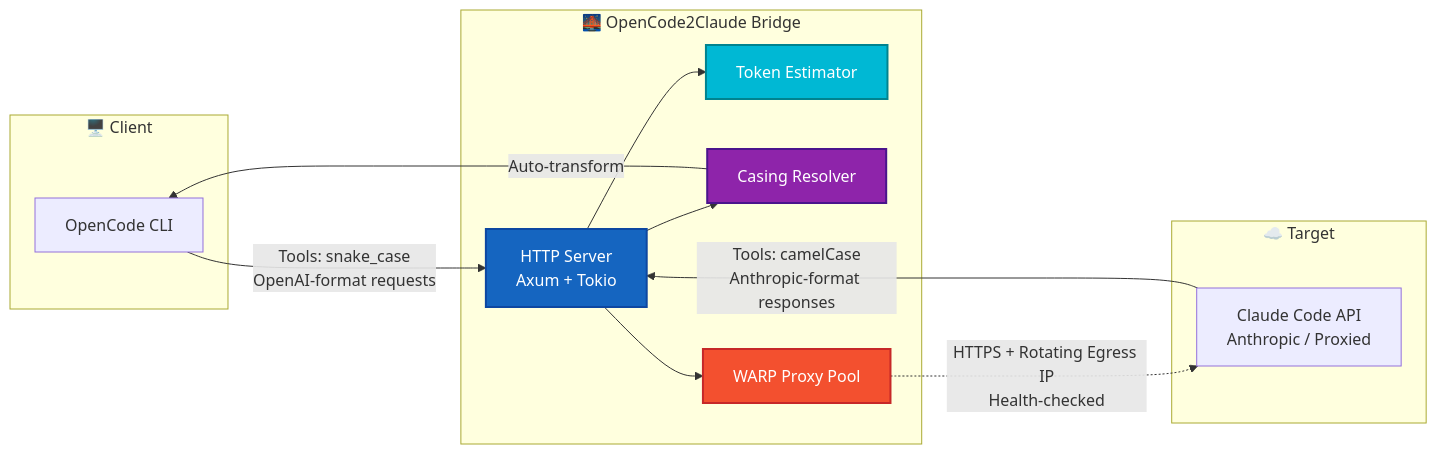
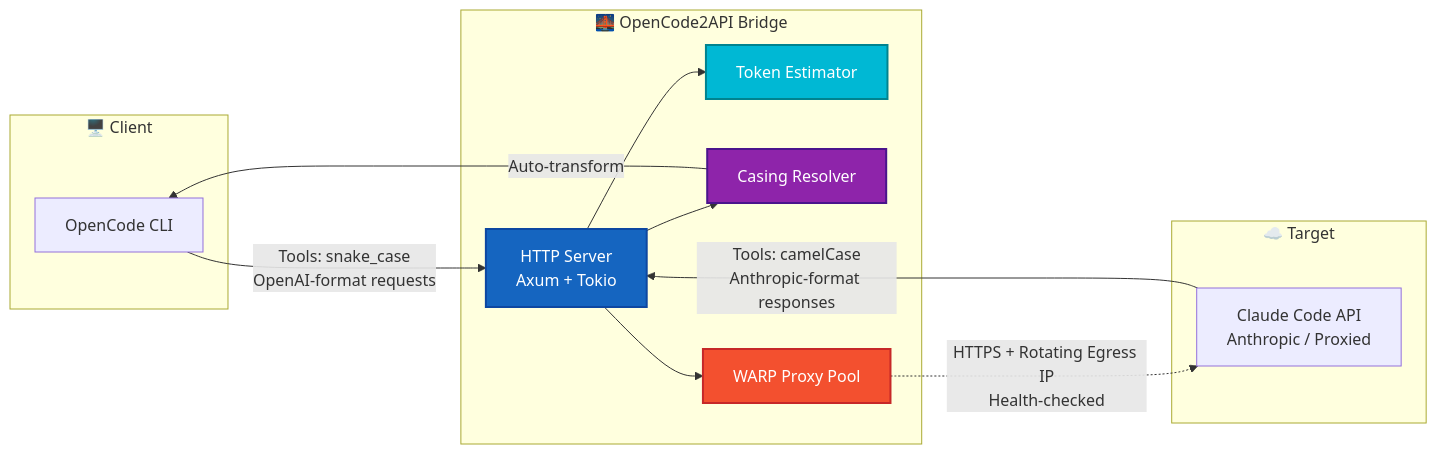
The first of 2 diagrams in README.md (nmhuei/opencode2claude), drawn with Mermaid before and after one commit. The commit also changed other lines of this file and 56 other files, not shown here.

````diff
--- a/README.md
+++ b/README.md
@@ -47,30 +47,30 @@
 ```mermaid
 graph LR
     subgraph Client["🖥️  Client"]
         OC[OpenCode CLI]
     end
     
-    subgraph Bridge["🌉  OpenCode2Claude Bridge"]
+    subgraph Bridge["🌉  OpenCode2API Bridge"]
         BR[HTTP Server\nAxum + Tokio]
         TE[Token Estimator]
         CR[Casing Resolver]
         WP[WARP Proxy Pool]
     end
     
     subgraph Target["☁️  Target"]
         CC[Claude Code API\nAnthropic / Proxied]
     end
     
     OC -->|Tools: snake_case\nOpenAI-format requests| BR
     BR --> TE
     BR --> CR
     BR --> WP
     WP -.->|HTTPS + Rotating Egress IP\nHealth-checked| CC
     CC -->|Tools: camelCase\nAnthropic-format responses| BR
     CR -->|Auto-transform| OC
     
     style WP fill:#f3502f,color:#fff,stroke:#c62828,stroke-width:2px
     style TE fill:#00b8d4,color:#fff,stroke:#00838f,stroke-width:2px
     style CR fill:#8e24aa,color:#fff,stroke:#4a148c,stroke-width:2px
     style BR fill:#1565c0,color:#fff,stroke:#0d47a1,stroke-width:2px
 ```
````
